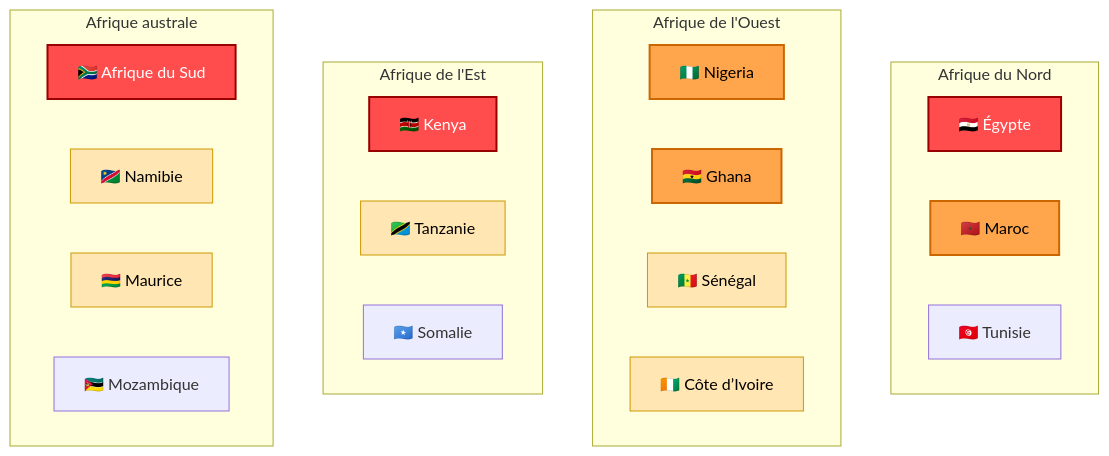
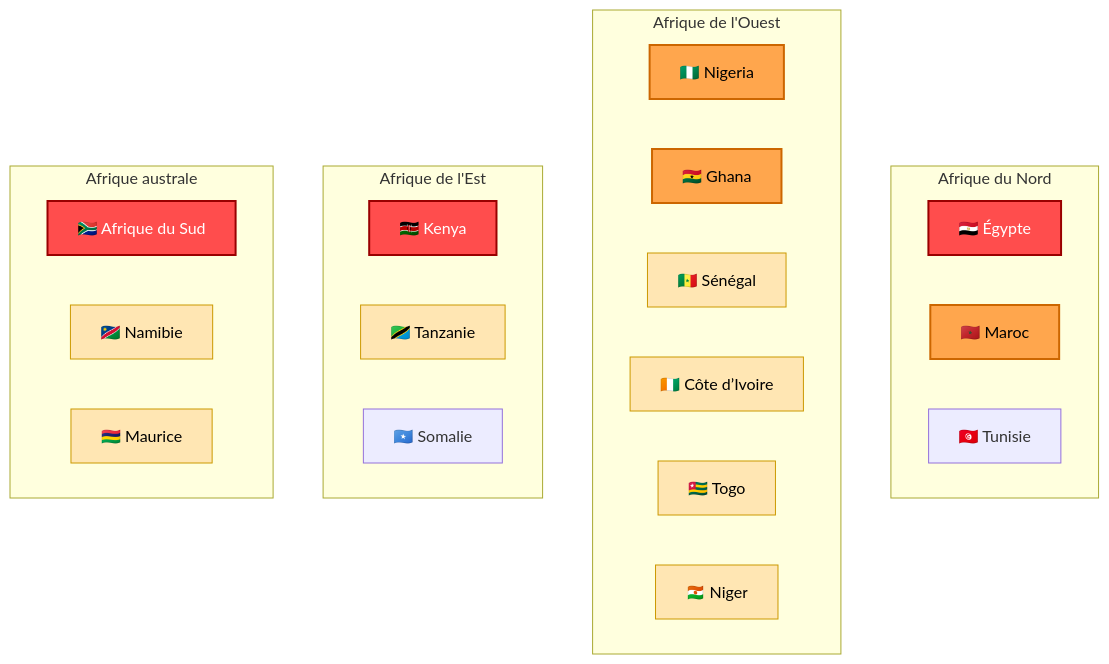
The second of 2 diagrams in visual-intelligence/README_FR.md (Hatchepsoute/AFRINTEL), drawn with Mermaid before and after one commit. The commit also changed other lines of this file and 3 other files, not shown here.

````diff
--- a/visual-intelligence/README_FR.md
+++ b/visual-intelligence/README_FR.md
@@ -75,47 +84,50 @@
 ```mermaid
 flowchart TB
 
 classDef high fill:#ff4d4d,color:#ffffff,stroke:#990000,stroke-width:2px;
 classDef medium fill:#ffa64d,color:#000000,stroke:#cc6600,stroke-width:2px;
 classDef low fill:#ffe6b3,color:#000000,stroke:#cc9900,stroke-width:1px;
 
 subgraph Afrique_du_Nord["Afrique du Nord"]
 EG["🇪🇬 Égypte"]
 MA["🇲🇦 Maroc"]
 TN["🇹🇳 Tunisie"]
 end
 
 subgraph Afrique_de_lOuest["Afrique de l'Ouest"]
 NG["🇳🇬 Nigeria"]
 GH["🇬🇭 Ghana"]
 SN["🇸🇳 Sénégal"]
 CI["🇨🇮 Côte d’Ivoire"]
+TG["🇹🇬 Togo"]
+NE["🇳🇪 Niger"]
 end
 
 subgraph Afrique_de_lEst["Afrique de l'Est"]
 KE["🇰🇪 Kenya"]
 TZ["🇹🇿 Tanzanie"]
 SO["🇸🇴 Somalie"]
 end
 
 subgraph Afrique_Australe["Afrique australe"]
 ZA["🇿🇦 Afrique du Sud"]
 NA["🇳🇦 Namibie"]
 MU["🇲🇺 Maurice"]
-MZ["🇲🇿 Mozambique"]
 end
 
 class ZA high;
 class EG high;
 class KE high;
 
 class NG medium;
 class GH medium;
 class MA medium;
 
 class TZ low;
 class SN low;
 class CI low;
+class TG low;
+class NE low;
 class NA low;
 class MU low;
 ```
````
